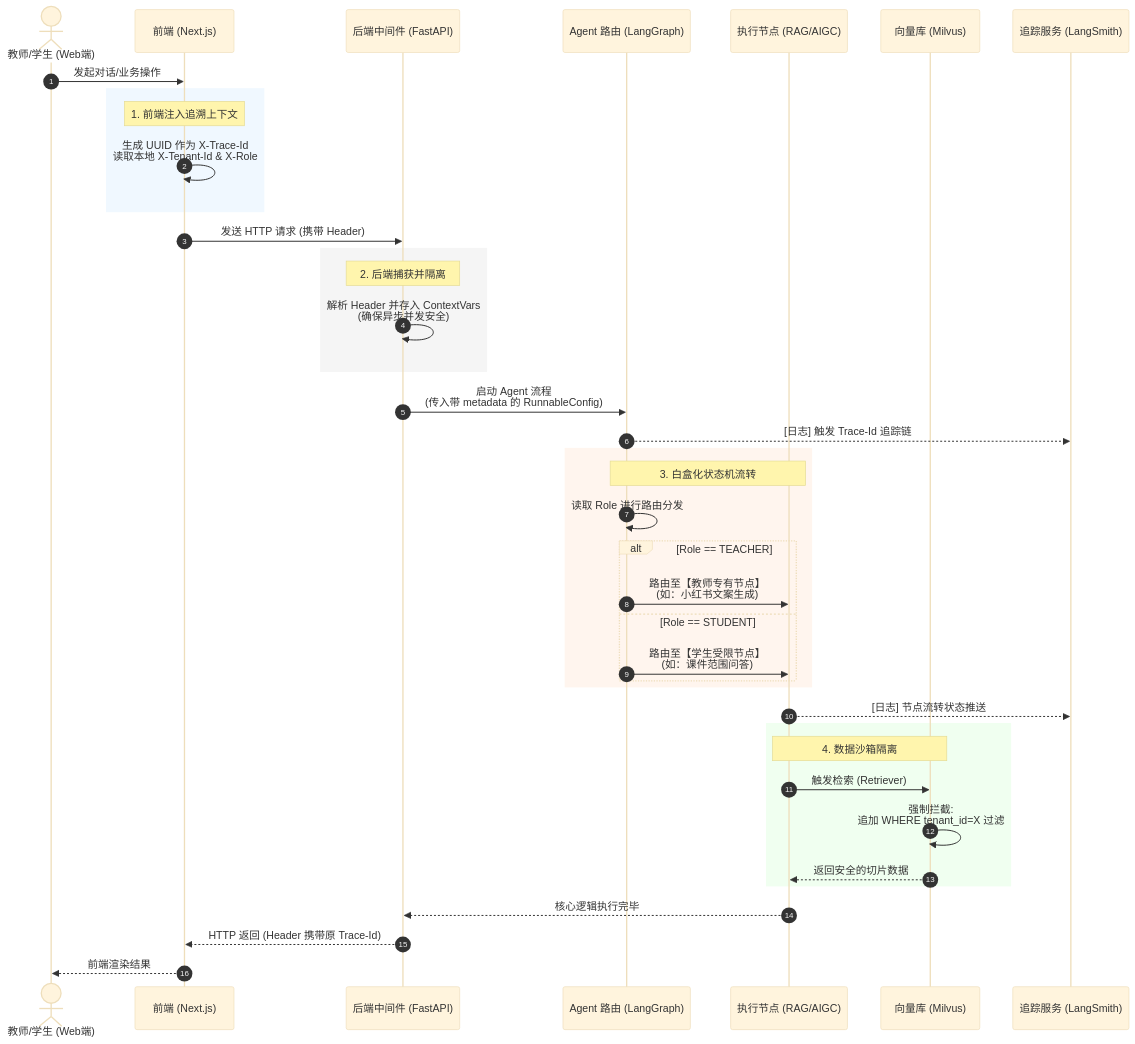
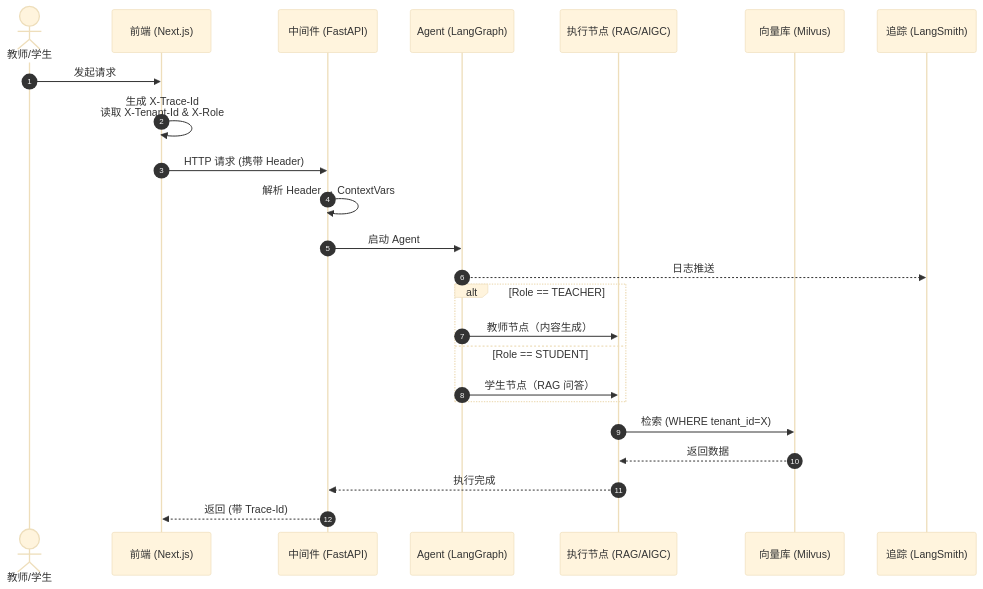
The diagram in project.md (roucyonly/AgentLearning), drawn with Mermaid (base theme) before and after one commit. The commit also changed other lines of this file and 2 other files, not shown here.

````diff
--- a/project.md
+++ b/project.md
@@ -83,50 +65,30 @@
 ```mermaid
 sequenceDiagram
     autonumber
-    actor User as 教师/学生 (Web端)
+    actor User as 教师/学生
     participant FE as 前端 (Next.js)
-    participant MW as 后端中间件 (FastAPI)
-    participant Graph as Agent 路由 (LangGraph)
+    participant MW as 中间件 (FastAPI)
+    participant Graph as Agent (LangGraph)
     participant Node as 执行节点 (RAG/AIGC)
     participant DB as 向量库 (Milvus)
-    participant Trace as 追踪服务 (LangSmith)
+    participant Trace as 追踪 (LangSmith)
 
-    User->>FE: 发起对话/业务操作
+    User->>FE: 发起请求
+    FE->>FE: 生成 X-Trace-Id<br/>读取 X-Tenant-Id & X-Role
+    FE->>MW: HTTP 请求 (携带 Header)
     
-    rect rgb(240, 248, 255)
-    Note over FE: 1. 前端注入追溯上下文
-    FE->>FE: 生成 UUID 作为 X-Trace-Id<br/>读取本地 X-Tenant-Id & X-Role
+    MW->>MW: 解析 Header → ContextVars
+    MW->>Graph: 启动 Agent
+    Graph-->>Trace: 日志推送
+    
+    alt Role == TEACHER
+        Graph->>Node: 教师节点（内容生成）
+    else Role == STUDENT
+        Graph->>Node: 学生节点（RAG 问答）
     end
     
-    FE->>MW: 发送 HTTP 请求 (携带 Header)
-    
-    rect rgb(245, 245, 245)
-    Note over MW: 2. 后端捕获并隔离
-    MW->>MW: 解析 Header 并存入 ContextVars<br/>(确保异步并发安全)
-    end
-    
-    MW->>Graph: 启动 Agent 流程<br/>(传入带 metadata 的 RunnableConfig)
-    Graph-->>Trace: [日志] 触发 Trace-Id 追踪链
-    
-    rect rgb(255, 245, 238)
-    Note over Graph, Node: 3. 白盒化状态机流转
-    Graph->>Graph: 读取 Role 进行路由分发
-    alt Role == TEACHER
-        Graph->>Node: 路由至【教师专有节点】<br/>(如：小红书文案生成)
-    else Role == STUDENT
-        Graph->>Node: 路由至【学生受限节点】<br/>(如：课件范围问答)
-    end
-    end
-    Node-->>Trace: [日志] 节点流转状态推送
-    
-    rect rgb(240, 255, 240)
-    Note over Node, DB: 4. 数据沙箱隔离
-    Node->>DB: 触发检索 (Retriever)
-    DB->>DB: 强制拦截: <br/>追加 WHERE tenant_id=X 过滤
-    DB-->>Node: 返回安全的切片数据
-    end
-    
-    Node-->>MW: 核心逻辑执行完毕
-    MW-->>FE: HTTP 返回 (Header 携带原 Trace-Id)
-    FE-->>User: 前端渲染结果
+    Node->>DB: 检索 (WHERE tenant_id=X)
+    DB-->>Node: 返回数据
+    Node-->>MW: 执行完成
+    MW-->>FE: 返回 (带 Trace-Id)
 ```
````
